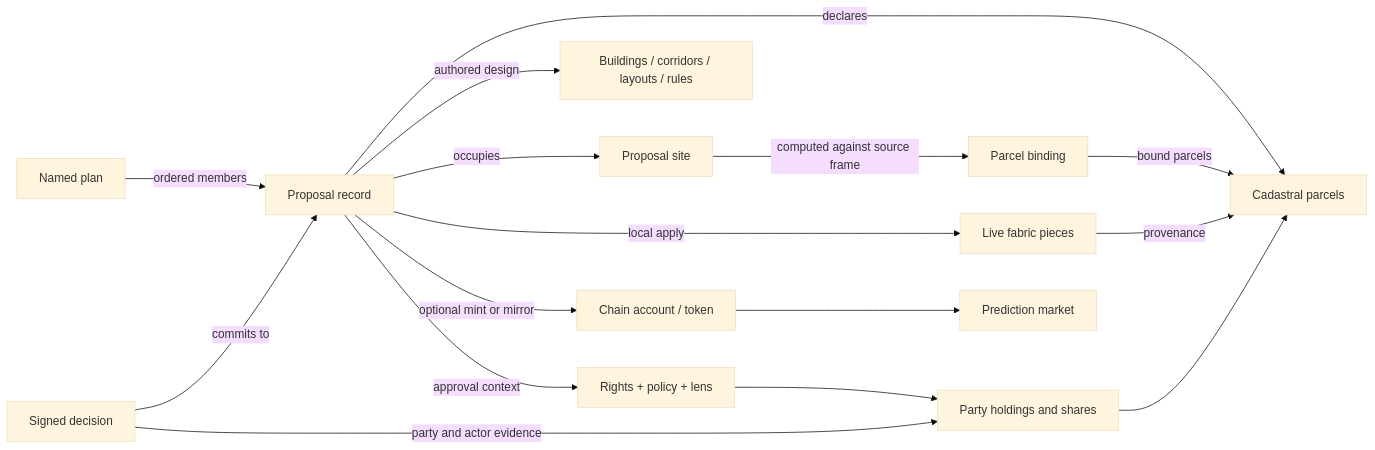
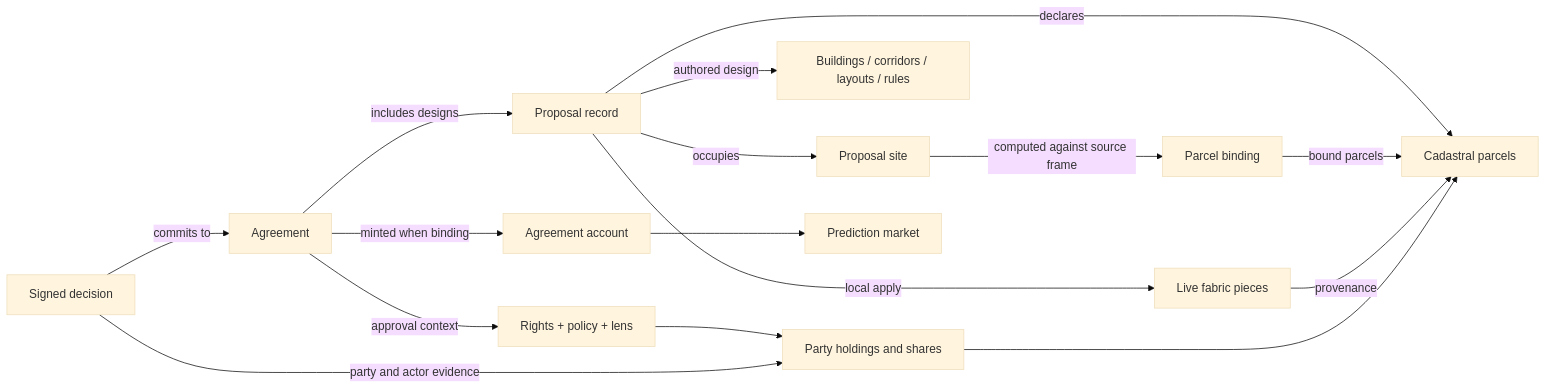
Before and after one commit to Poglavar/consensus-builder: the diagram in vocabulary.md, drawn with Mermaid (base theme). The commit also changed other lines of this file and 679 other files, not shown here.

````diff
--- a/vocabulary.md
+++ b/vocabulary.md
@@ -1130,18 +1196,18 @@
 ```mermaid
 flowchart LR
-    Plan[Named plan] -->|ordered members| Proposal[Proposal record]
+    Agreement[Agreement] -->|includes designs| Proposal[Proposal record]
     Proposal -->|declares| Cadastre[Cadastral parcels]
     Proposal -->|occupies| Site[Proposal site]
     Site -->|computed against source frame| Binding[Parcel binding]
     Binding -->|bound parcels| Cadastre
     Proposal -->|authored design| Design[Buildings / corridors / layouts / rules]
     Proposal -->|local apply| Fabric[Live fabric pieces]
     Fabric -->|provenance| Cadastre
-    Proposal -->|approval context| Context[Rights + policy + lens]
+    Agreement -->|approval context| Context[Rights + policy + lens]
     Context --> Rights[Party holdings and shares]
     Rights --> Cadastre
     Decision[Signed decision] -->|party and actor evidence| Rights
-    Decision -->|commits to| Proposal
-    Proposal -->|optional mint or mirror| Chain[Chain account / token]
+    Decision -->|commits to| Agreement
+    Agreement -->|minted when binding| Chain[Agreement account]
     Chain --> Market[Prediction market]
 ```
````
